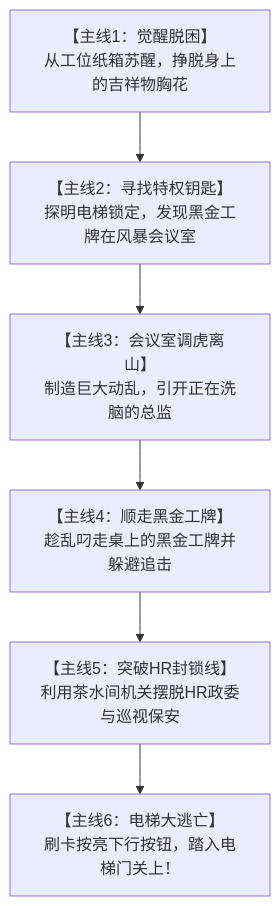
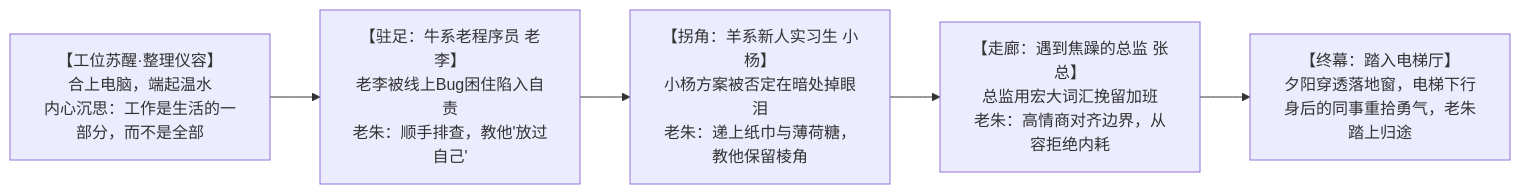
Before and after one commit to chenzhaoxuan0/piggame: the diagram in docs/PIG_STORY_LINE_FULL.md, drawn with Mermaid. The commit also changed other lines of this file and 9 other files, not shown here.

````diff
--- a/docs/PIG_STORY_LINE_FULL.md
+++ b/docs/PIG_STORY_LINE_FULL.md
@@ -33,11 +34,8 @@
 ```mermaid
-graph TD
-    M1["【主线1：觉醒脱困】<br/>从工位纸箱苏醒，挣脱身上的吉祥物胸花"]
-    M2["【主线2：寻找特权钥匙】<br/>探明电梯锁定，发现黑金工牌在风暴会议室"]
-    M3["【主线3：会议室调虎离山】<br/>制造巨大动乱，引开正在洗脑的总监"]
-    M4["【主线4：顺走黑金工牌】<br/>趁乱叼走桌上的黑金工牌并躲避追击"]
-    M5["【主线5：突破HR封锁线】<br/>利用茶水间机关摆脱HR政委与巡视保安"]
-    M6["【主线6：电梯大逃亡】<br/>刷卡按亮下行按钮，踏入电梯门关上！"]
-
-    M1 --> M2 --> M3 --> M4 --> M5 --> M6
+flowchart LR
+    A["【工位苏醒·整理仪容】<br/>合上电脑，端起温水<br/>内心沉思：工作是生活的一部分，而不是全部"] 
+    --> B["【驻足：牛系老程序员 老李】<br/>老李被线上Bug困住陷入自责<br/>老朱：顺手排查，教他'放过自己'"]
+    --> C["【拐角：羊系新人实习生 小杨】<br/>小杨方案被否定在暗处掉眼泪<br/>老朱：递上纸巾与薄荷糖，教他保留棱角"]
+    --> D["【走廊：遇到焦躁的总监 张总】<br/>总监用宏大词汇挽留加班<br/>老朱：高情商对齐边界，从容拒绝内耗"]
+    --> E["【终幕：踏入电梯厅】<br/>夕阳穿透落地窗，电梯下行<br/>身后的同事重拾勇气，老朱踏上归途"]
 ```
````
